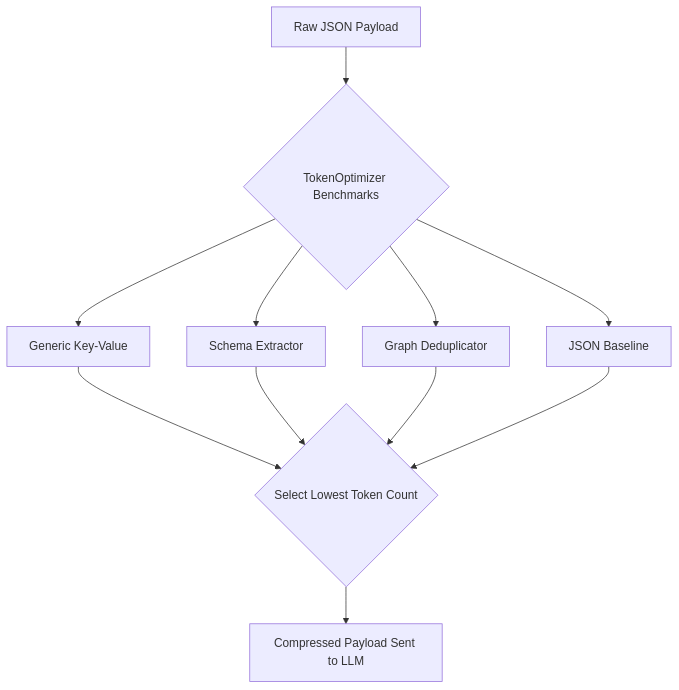
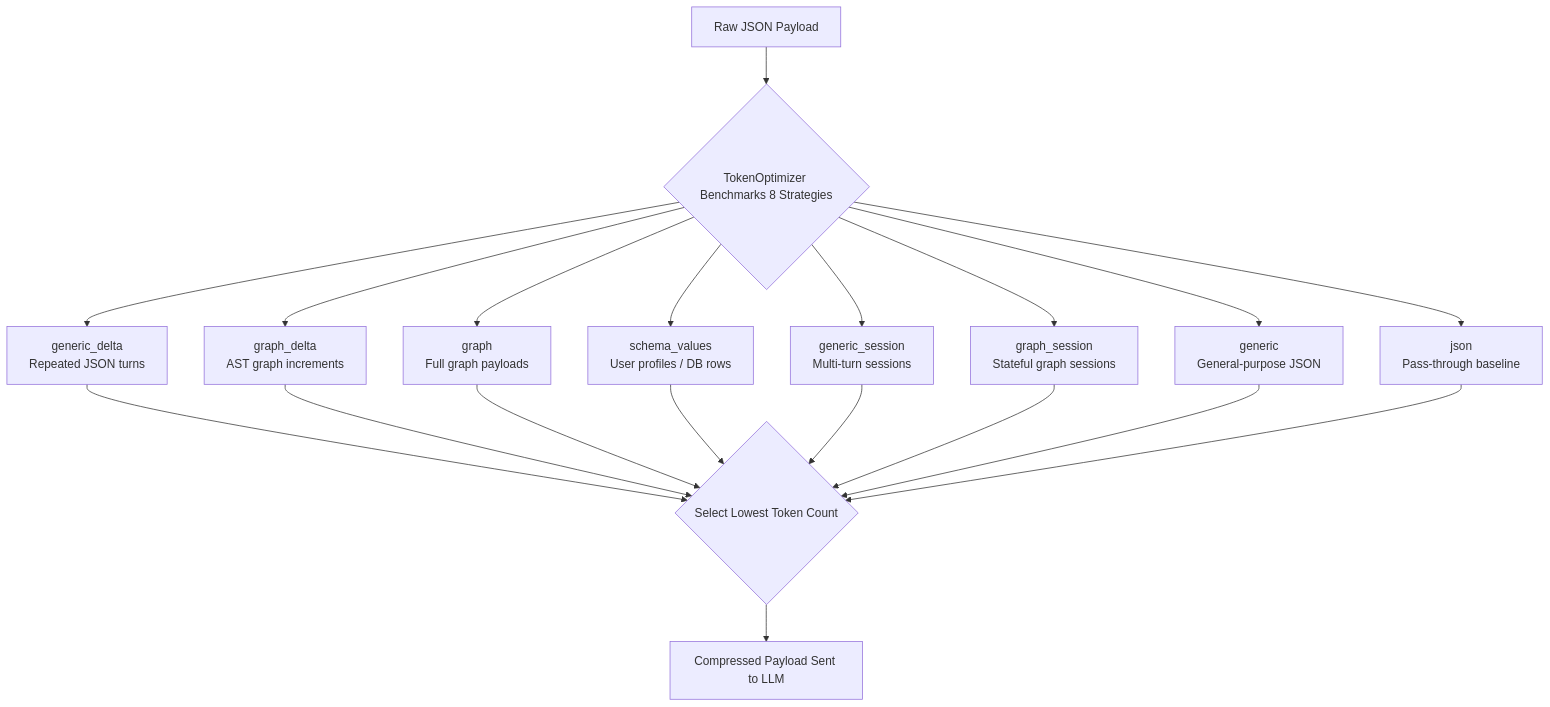
Before and after one commit to chaitanya-sharmaa/axon: the first of 2 diagrams in docs/03-core-concepts.md, drawn with Mermaid. The commit also changed other lines of this file and 18 other files, not shown here.

````diff
--- a/docs/03-core-concepts.md
+++ b/docs/03-core-concepts.md
@@ -18,16 +13,24 @@
 ```mermaid
 graph TD
-    Input[Raw JSON Payload] --> Benchmark{TokenOptimizer Benchmarks}
-    
-    Benchmark --> S1[Generic Key-Value]
-    Benchmark --> S2[Schema Extractor]
-    Benchmark --> S3[Graph Deduplicator]
-    Benchmark --> S4[JSON Baseline]
-    
+    Input[Raw JSON Payload] --> Benchmark{TokenOptimizer Benchmarks 8 Strategies}
+
+    Benchmark --> S1[generic_delta<br/>Repeated JSON turns]
+    Benchmark --> S2[graph_delta<br/>AST graph increments]
+    Benchmark --> S3[graph<br/>Full graph payloads]
+    Benchmark --> S4[schema_values<br/>User profiles / DB rows]
+    Benchmark --> S5[generic_session<br/>Multi-turn sessions]
+    Benchmark --> S6[graph_session<br/>Stateful graph sessions]
+    Benchmark --> S7[generic<br/>General-purpose JSON]
+    Benchmark --> S8[json<br/>Pass-through baseline]
+
     S1 --> Pick{Select Lowest Token Count}
     S2 --> Pick
     S3 --> Pick
     S4 --> Pick
-    
+    S5 --> Pick
+    S6 --> Pick
+    S7 --> Pick
+    S8 --> Pick
+
     Pick --> Output[Compressed Payload Sent to LLM]
 ```
````
